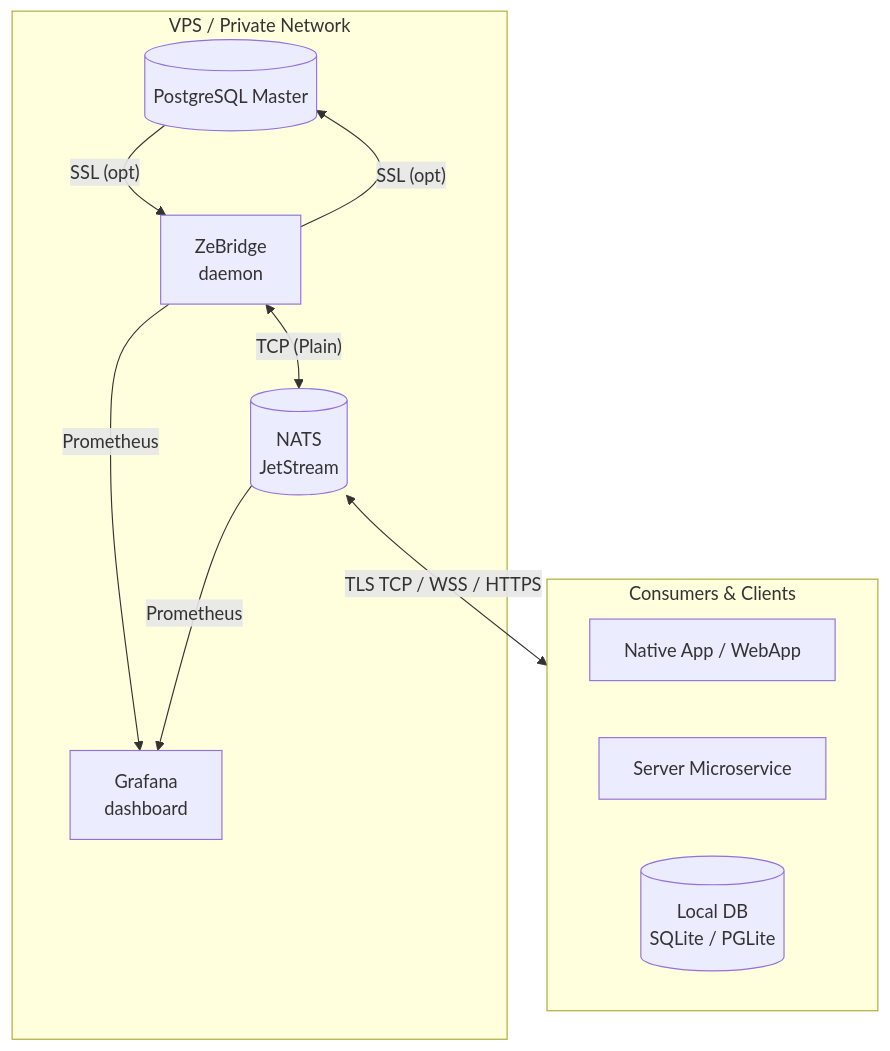
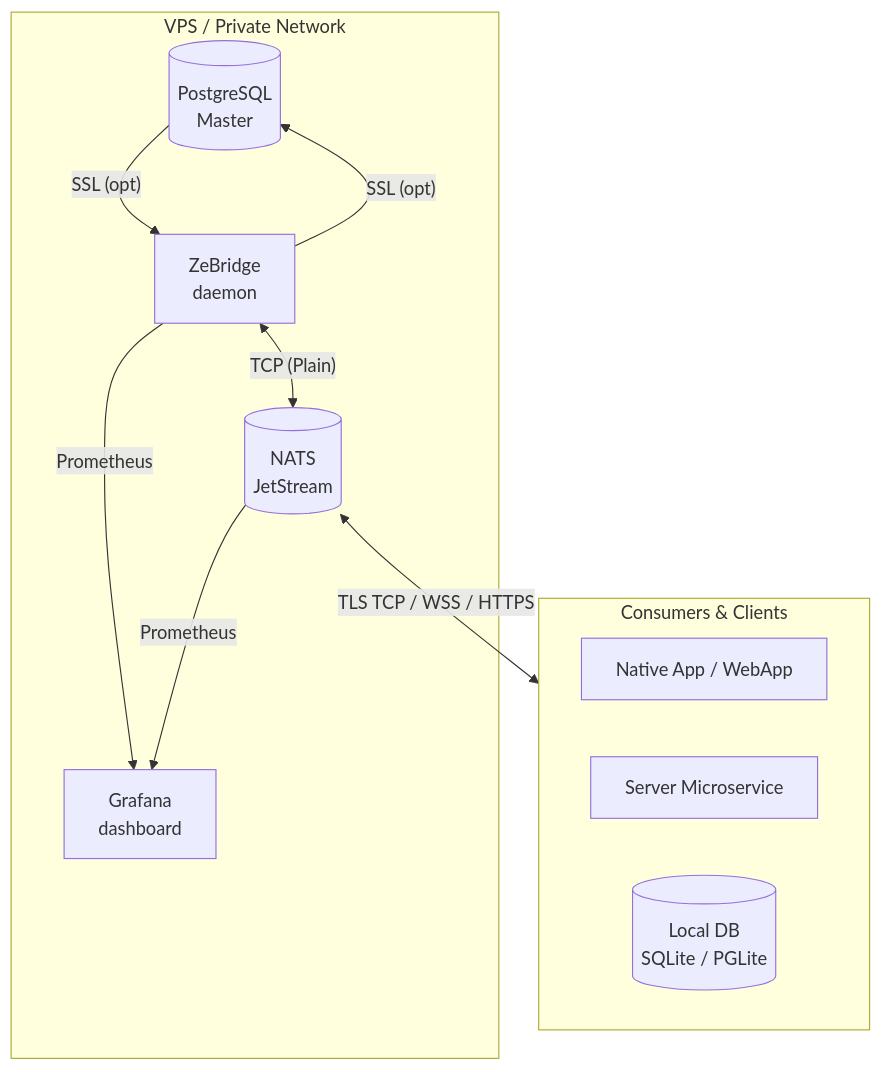
One commit to ndrean/ZeBridge changed the first of 2 diagrams in README.md. Above: the diagram before and after it, drawn with Mermaid. The commit also changed other lines of this file and 20 other files, not shown here.

````diff
--- a/README.md
+++ b/README.md
@@ -18,22 +19,22 @@
 ```mermaid
 flowchart TD
     subgraph VPS["VPS / Private Network"]
-        PG[("PostgreSQL Master")]
-        Bridge["ZeBridge<br>daemon"]
-        NATS[("NATS<br>JetStream")]
+        PG[("PostgreSQL <br> Master")]
+        Bridge["ZeBridge <br> daemon"]
+        NATS[("NATS <br> JetStream")]
         Bridge -- Prometheus --> Grafana["Grafana <br> dashboard"]
         NATS -- Prometheus --> Grafana
 
         PG -- "SSL (opt)" --> Bridge
         Bridge -- "SSL (opt)" --> PG
         Bridge <--> |"TCP (Plain)"| NATS
     end
 
     NATS <--> |"TLS TCP / WSS / HTTPS"| Consumers
 
     subgraph Consumers["Consumers & Clients"]
         App["Native App / WebApp"]
         Server_Worker["Server Microservice"]
         Local_DB[("Local DB <br> SQLite / PGLite")]
     end
 ```
````
